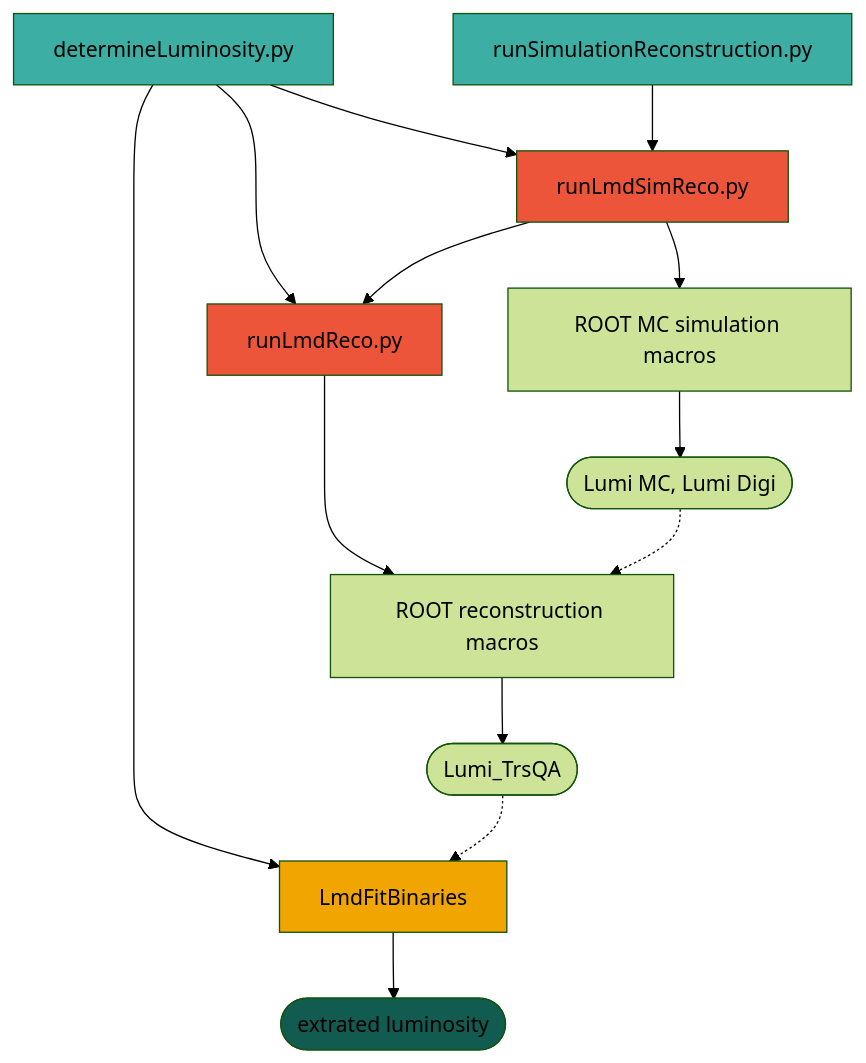
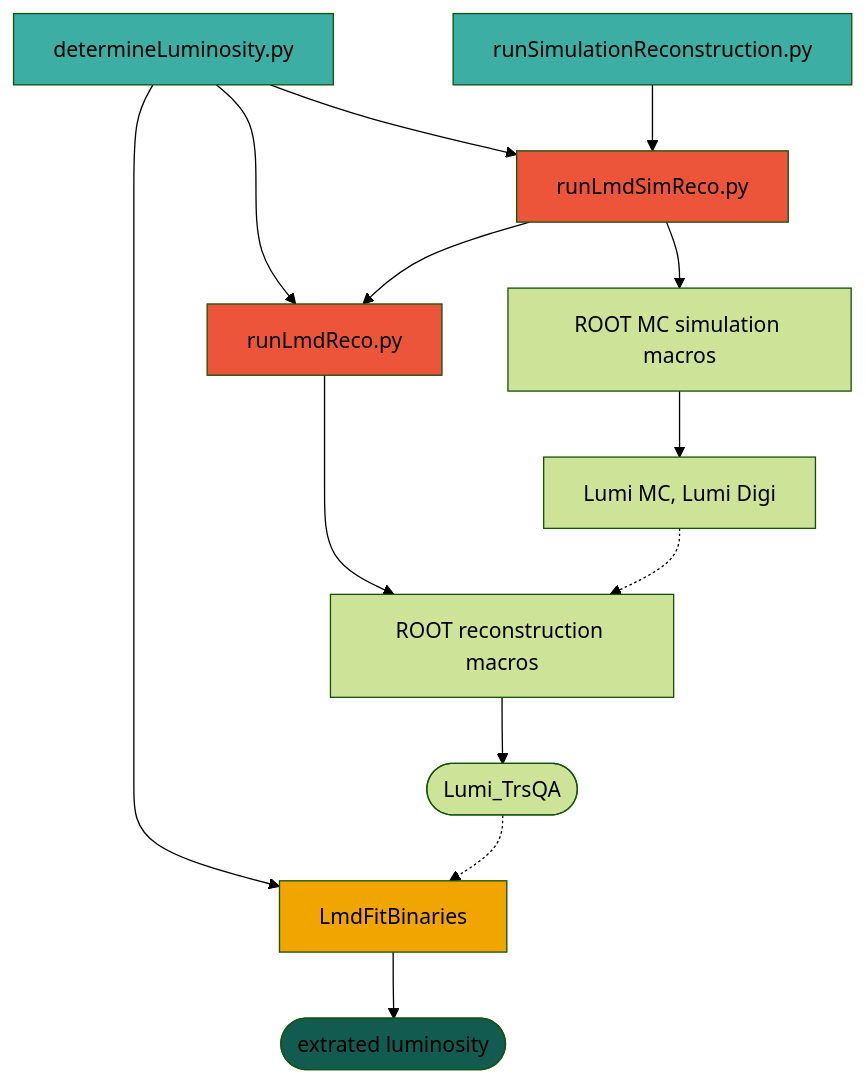
The second of 6 diagrams in README.md (panda-luminosity-detector-group/LuminosityFit), drawn with Mermaid (forest theme) before and after one commit. The commit also changed other lines of this file, not shown here.

Commit message:
updated flowcharts

````diff
--- a/README.md
+++ b/README.md
@@ -110,26 +110,26 @@
 ```mermaid
 flowchart TD
     determineLuminosity.py:::teal --> runLmdReco.py:::red
     determineLuminosity.py --> runLmdSimReco.py:::red
     runSimulationReconstruction.py:::teal --> runLmdSimReco.py
     determineLuminosity.py --> LmdFitBinaries:::yellow
     runLmdSimReco.py --> runLmdReco.py
 
     runLmdSimReco.py --> simMacros[ROOT MC simulation macros]
     runLmdReco.py --> recoMacros[ROOT reconstruction macros]
 
-    simMacros --> lumiMC([Lumi MC, Lumi Digi])
+    simMacros --> lumiMC[Lumi MC, Lumi Digi]
     recoMacros --> lumiQA([Lumi_TrsQA])
     lumiMC -.-> recoMacros
     lumiQA -.-> LmdFitBinaries
     LmdFitBinaries --> lumiValue([extrated luminosity]):::green
 
     %% --- color some nodes
     %% user callable
 
     classDef red fill:#ed553b
     classDef yellow fill:#f0a500
     classDef green fill:#125b50
     classDef teal fill:#3caea3
 
 ```
````
